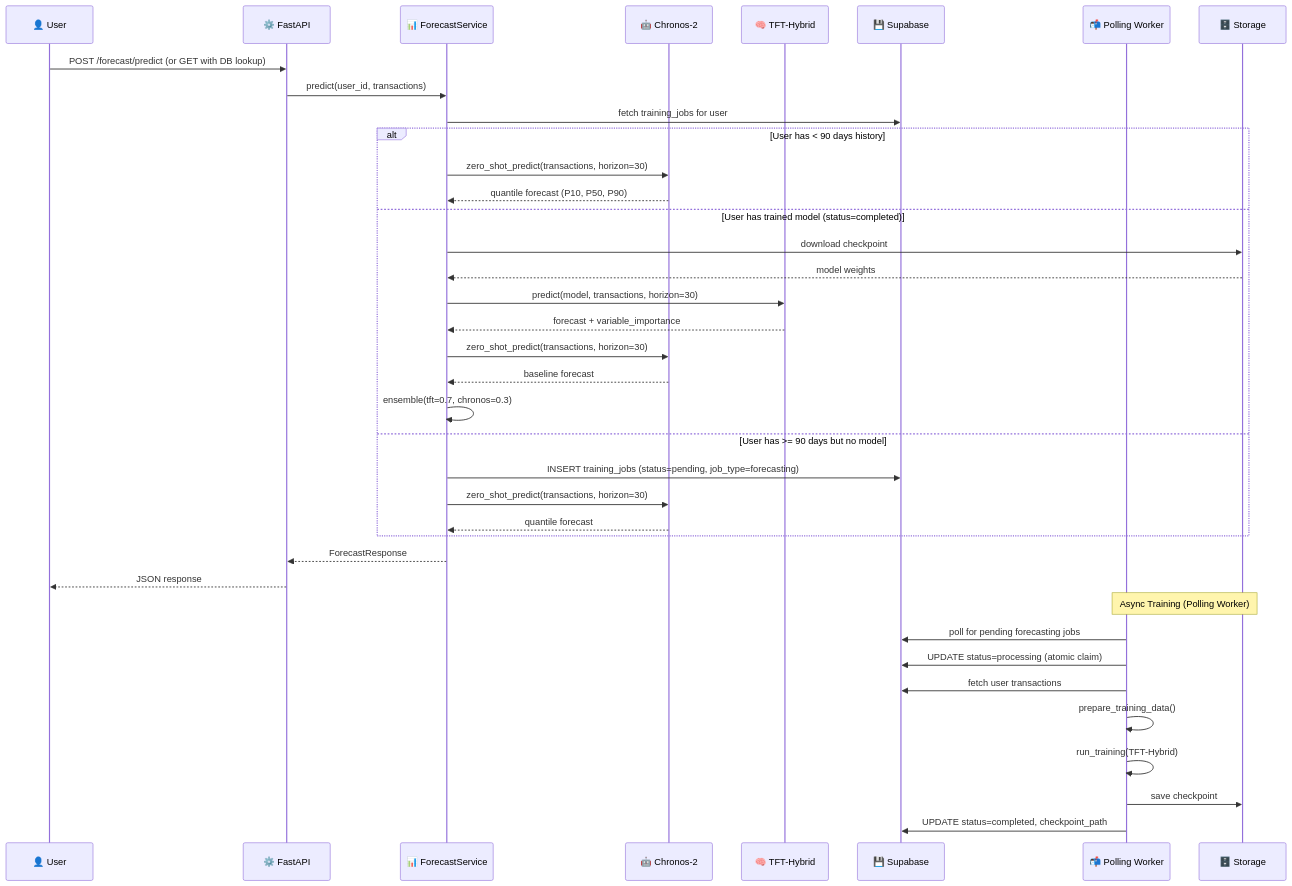
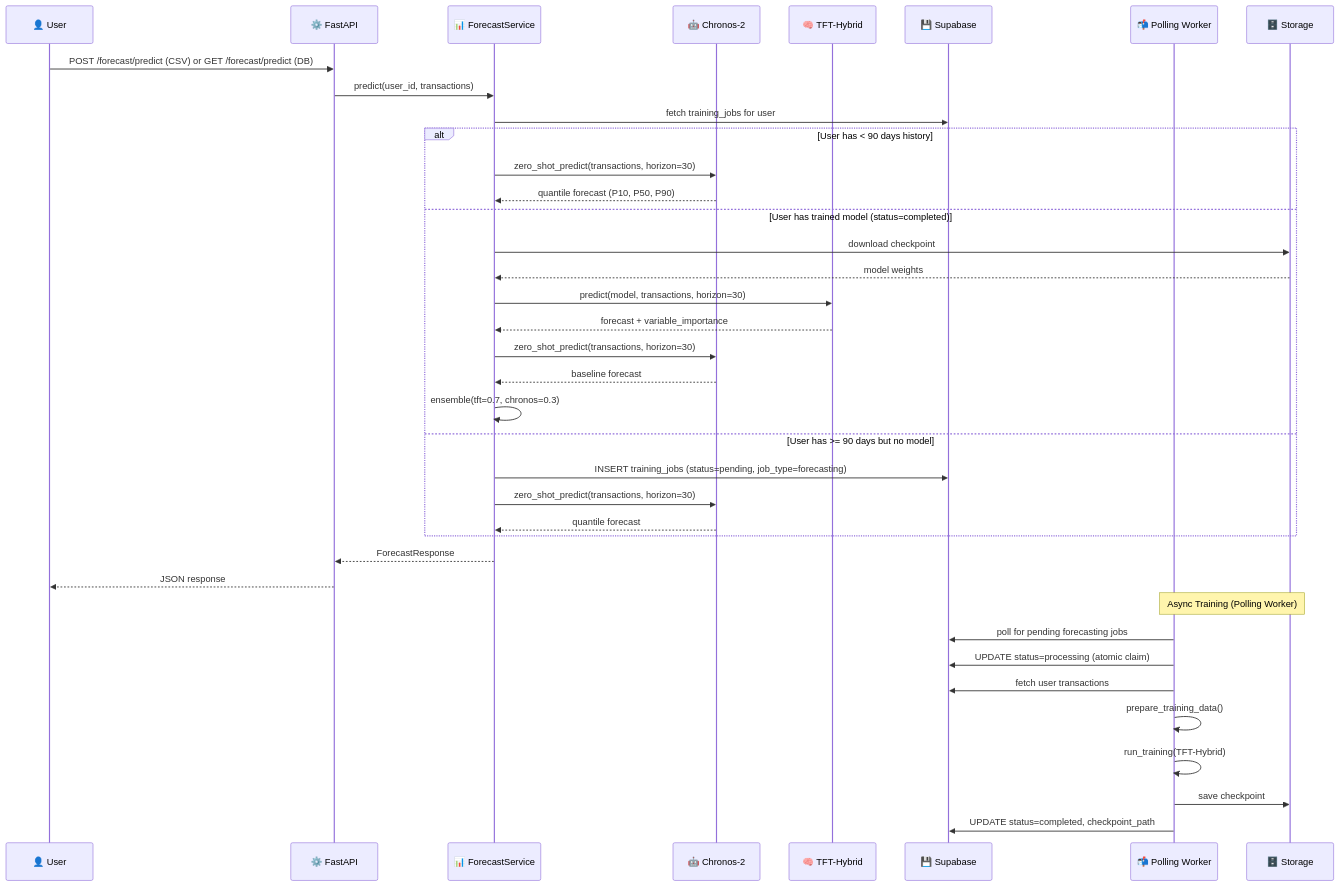
One commit to hassang371/spendsmart-dashboard changed the diagram in docs/features/009-prediction-engine.md. Above: the diagram before and after it, drawn with Mermaid. The commit also changed other lines of this file and 1 other file, not shown here.

````diff
--- a/docs/features/009-prediction-engine.md
+++ b/docs/features/009-prediction-engine.md
@@ -63,44 +63,44 @@
 ```mermaid
 sequenceDiagram
     participant U as 👤 User
     participant API as ⚙️ FastAPI
     participant SVC as 📊 ForecastService
     participant C2 as 🤖 Chronos-2
     participant TFT as 🧠 TFT-Hybrid
     participant DB as 💾 Supabase
     participant W as 📬 Polling Worker
     participant S3 as 🗄️ Storage
 
-    U->>API: POST /forecast/predict (or GET with DB lookup)
+    U->>API: POST /forecast/predict (CSV) or GET /forecast/predict (DB)
     API->>SVC: predict(user_id, transactions)
     SVC->>DB: fetch training_jobs for user
 
     alt User has < 90 days history
         SVC->>C2: zero_shot_predict(transactions, horizon=30)
         C2-->>SVC: quantile forecast (P10, P50, P90)
     else User has trained model (status=completed)
         SVC->>S3: download checkpoint
         S3-->>SVC: model weights
         SVC->>TFT: predict(model, transactions, horizon=30)
         TFT-->>SVC: forecast + variable_importance
         SVC->>C2: zero_shot_predict(transactions, horizon=30)
         C2-->>SVC: baseline forecast
         SVC->>SVC: ensemble(tft=0.7, chronos=0.3)
     else User has >= 90 days but no model
         SVC->>DB: INSERT training_jobs (status=pending, job_type=forecasting)
         SVC->>C2: zero_shot_predict(transactions, horizon=30)
         C2-->>SVC: quantile forecast
     end
 
     SVC-->>API: ForecastResponse
     API-->>U: JSON response
 
     Note over W,S3: Async Training (Polling Worker)
     W->>DB: poll for pending forecasting jobs
     W->>DB: UPDATE status=processing (atomic claim)
     W->>DB: fetch user transactions
     W->>W: prepare_training_data()
     W->>W: run_training(TFT-Hybrid)
     W->>S3: save checkpoint
     W->>DB: UPDATE status=completed, checkpoint_path
 ```
````
